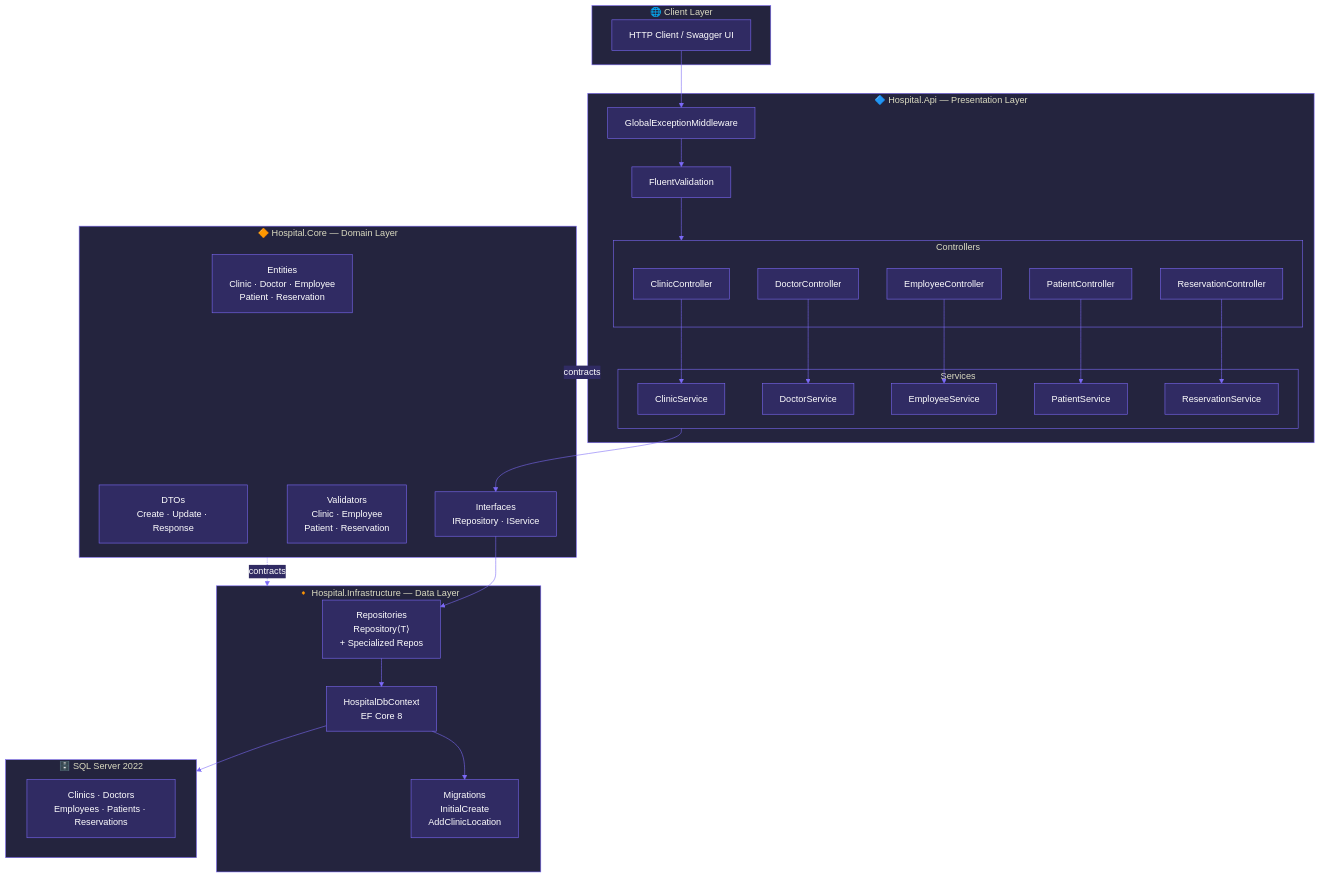
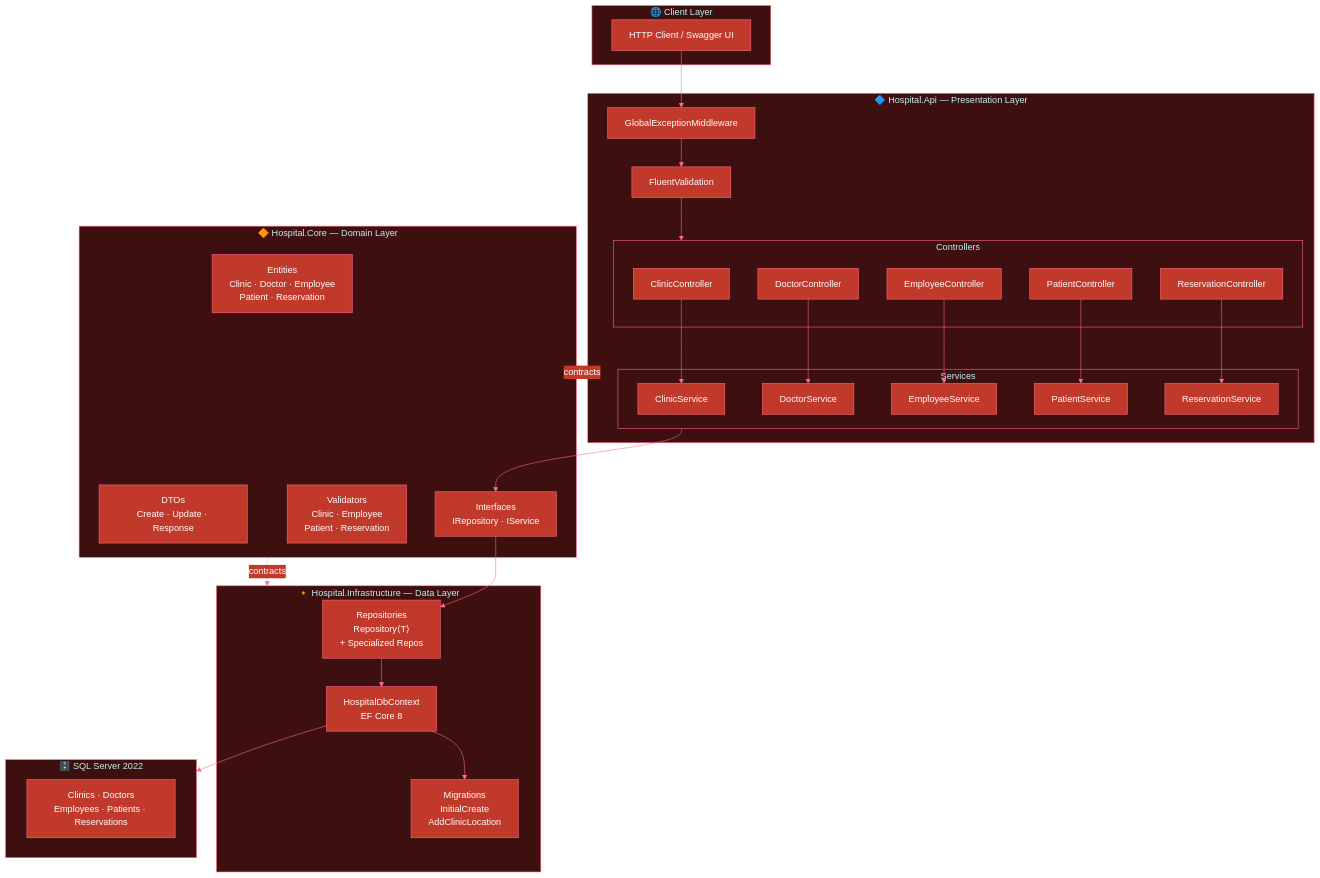
One commit to DARusrus/Hospital-System changed the first of 3 diagrams in README.md. Above: the diagram before and after it, drawn with Mermaid. The commit also changed other lines of this file, not shown here.

````diff
--- a/README.md
+++ b/README.md
@@ -65,68 +65,68 @@
 ```mermaid
 %%{init: {'theme': 'base', 'themeVariables': {
-  'primaryColor': '#302b63',
+  'primaryColor': '#c0392b',
   'primaryTextColor': '#ffffff',
-  'primaryBorderColor': '#7C6AF7',
-  'lineColor': '#7C6AF7',
-  'secondaryColor': '#0f0c29',
-  'tertiaryColor': '#24243e',
-  'clusterBkg': '#24243e',
-  'clusterBorder': '#7C6AF7',
-  'edgeLabelBackground': '#302b63',
+  'primaryBorderColor': '#ff6b8a',
+  'lineColor': '#ff6b8a',
+  'secondaryColor': '#7b1a1a',
+  'tertiaryColor': '#3d0f0f',
+  'clusterBkg': '#3d0f0f',
+  'clusterBorder': '#ff6b8a',
+  'edgeLabelBackground': '#c0392b',
   'fontFamily': 'JetBrains Mono'
 }}}%%
 flowchart TB
     subgraph CLIENT["🌐 Client Layer"]
         HTTP["HTTP Client / Swagger UI"]
     end
 
     subgraph API["🔷 Hospital.Api — Presentation Layer"]
         MW["GlobalExceptionMiddleware"]
         VAL["FluentValidation"]
         subgraph CTRL["Controllers"]
             CC["ClinicController"]
             DC["DoctorController"]
             EC["EmployeeController"]
             PC["PatientController"]
             RC["ReservationController"]
         end
         subgraph SVC["Services"]
             CS["ClinicService"]
             DS["DoctorService"]
             ES["EmployeeService"]
             PS["PatientService"]
             RS["ReservationService"]
         end
     end
 
     subgraph CORE["🔶 Hospital.Core — Domain Layer"]
         ENT["Entities\nClinic · Doctor · Employee\nPatient · Reservation"]
         DTO["DTOs\nCreate · Update · Response"]
         IFACE["Interfaces\nIRepository · IService"]
         VLDTR["Validators\nClinic · Employee\nPatient · Reservation"]
     end
 
     subgraph INFRA["🔸 Hospital.Infrastructure — Data Layer"]
         REPO["Repositories\nRepository⟨T⟩\n+ Specialized Repos"]
         CTX["HospitalDbContext\nEF Core 8"]
         MIG["Migrations\nInitialCreate\nAddClinicLocation"]
     end
 
     subgraph DB["🗄️ SQL Server 2022"]
         TABLES["Clinics · Doctors\nEmployees · Patients · Reservations"]
     end
 
     HTTP --> MW --> VAL --> CTRL
     CC --> CS
     DC --> DS
     EC --> ES
     PC --> PS
     RC --> RS
     SVC --> IFACE
     IFACE --> REPO
     REPO --> CTX
     CTX --> MIG
     CTX --> DB
     CORE -.->|contracts| API
     CORE -.->|contracts| INFRA
 ```
````
